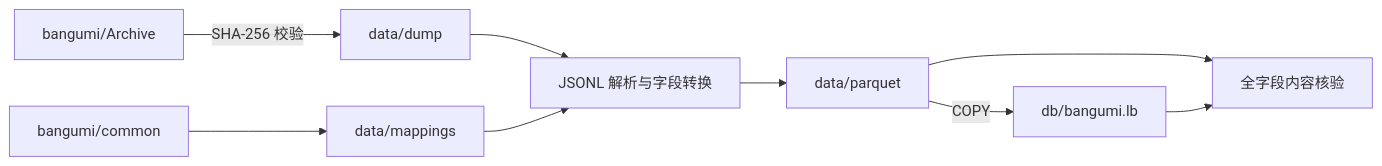
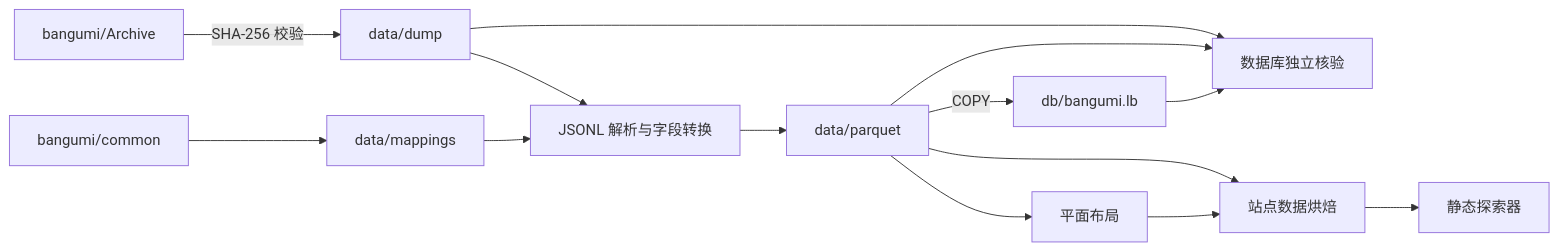
The first of 2 diagrams in docs/DATA_ARCHITECTURE.md (vauxe/bangumi-atlas), drawn with Mermaid before and after one commit. The commit also changed other lines of this file and 1 other file, not shown here.

First line of the commit message:
docs: align architecture with pipeline boundaries

````diff
--- a/docs/DATA_ARCHITECTURE.md
+++ b/docs/DATA_ARCHITECTURE.md
@@ -21,11 +14,16 @@
 ```mermaid
 flowchart LR
     A[bangumi/Archive] -->|SHA-256 校验| B[data/dump]
     M[bangumi/common] --> C[data/mappings]
     B --> D[JSONL 解析与字段转换]
     C --> D
     D --> E[data/parquet]
     E -->|COPY| F[db/bangumi.lb]
-    E --> G[全字段内容核验]
+    B --> G[数据库独立核验]
+    E --> G
     F --> G
+    E --> H[平面布局]
+    E --> I[站点数据烘焙]
+    H --> I
+    I --> J[静态探索器]
 ```
````
